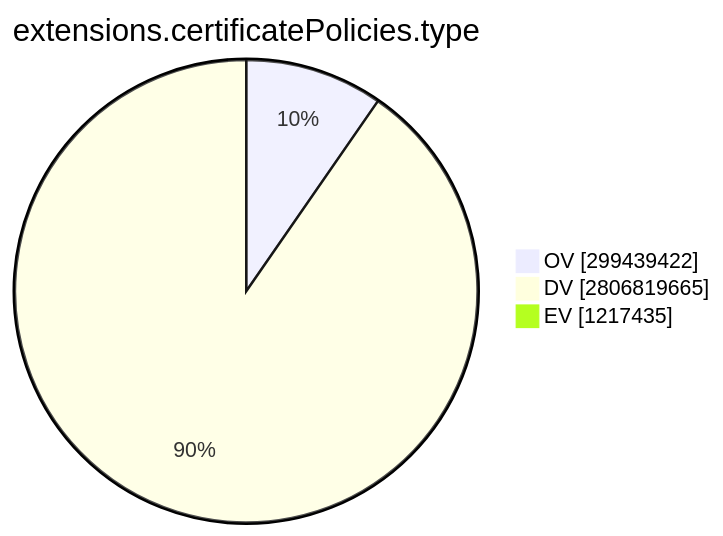
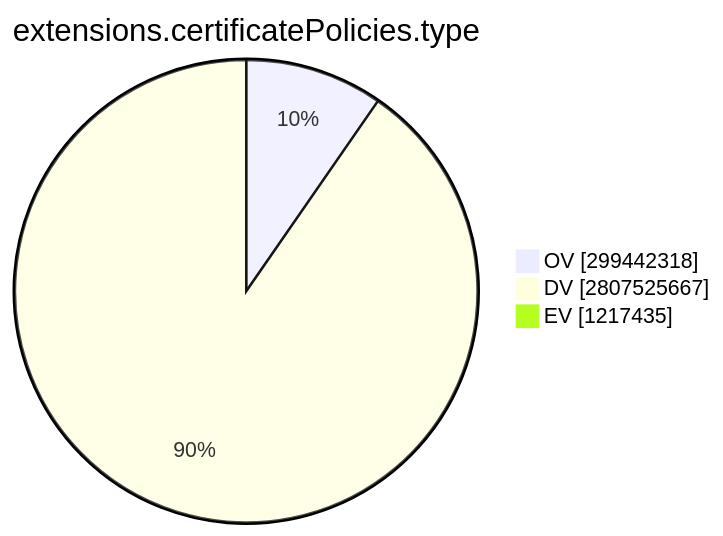
Before and after one commit to christiankrug/ctmonitor_visualization: the ninth of 15 diagrams in TOTAL/README.md, drawn with Mermaid. The commit also changed other lines of this file, not shown here.

````diff
--- a/TOTAL/README.md
+++ b/TOTAL/README.md
@@ -3101,7 +3101,7 @@
 ```mermaid
 pie showData
 title extensions.certificatePolicies.type
-"OV" :299439422
-"DV" :2806819665
+"OV" :299442318
+"DV" :2807525667
 "EV" :1217435
 ```
````
